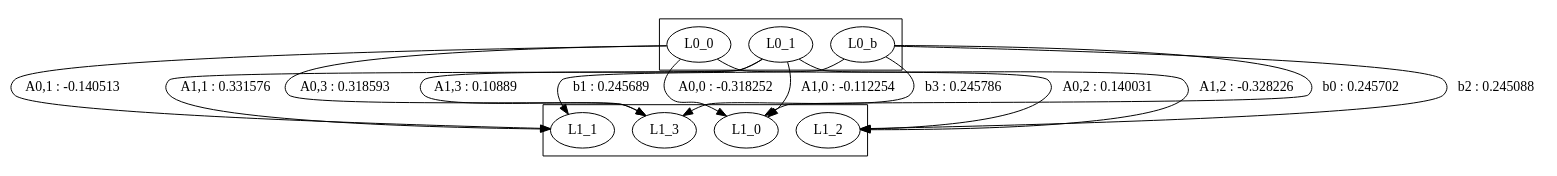
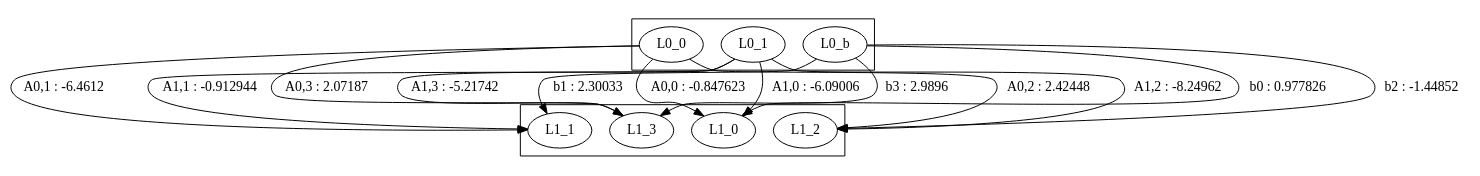
The diagram in test.dot (alex6792/ImageProcessingLib), drawn with Graphviz before and after one commit. The commit also changed 41 other files, not shown here.

```diff
--- a/test.dot
+++ b/test.dot
@@ -1,25 +1,25 @@
 digraph G {
 	subgraph cluster_0 {
 		L0_0;
 		L0_1;
 		L0_b;
 	}
 	subgraph cluster_1 {
 		L1_0;
 		L1_1;
 		L1_2;
 		L1_3;
 	}
-	L0_0->L1_0 [label = "A0,0 : -0.318252" ];
-	L0_1->L1_0 [label = "A1,0 : -0.112254" ];
-	L0_b->L1_0 [label = "b0 : 0.245702" ];
-	L0_0->L1_1 [label = "A0,1 : -0.140513" ];
-	L0_1->L1_1 [label = "A1,1 : 0.331576" ];
-	L0_b->L1_1 [label = "b1 : 0.245689" ];
-	L0_0->L1_2 [label = "A0,2 : 0.140031" ];
-	L0_1->L1_2 [label = "A1,2 : -0.328226" ];
-	L0_b->L1_2 [label = "b2 : 0.245088" ];
-	L0_0->L1_3 [label = "A0,3 : 0.318593" ];
-	L0_1->L1_3 [label = "A1,3 : 0.10889" ];
-	L0_b->L1_3 [label = "b3 : 0.245786" ];
+	L0_0->L1_0 [label = "A0,0 : -0.847623" ];
+	L0_1->L1_0 [label = "A1,0 : -6.09006" ];
+	L0_b->L1_0 [label = "b0 : 0.977826" ];
+	L0_0->L1_1 [label = "A0,1 : -6.4612" ];
+	L0_1->L1_1 [label = "A1,1 : -0.912944" ];
+	L0_b->L1_1 [label = "b1 : 2.30033" ];
+	L0_0->L1_2 [label = "A0,2 : 2.42448" ];
+	L0_1->L1_2 [label = "A1,2 : -8.24962" ];
+	L0_b->L1_2 [label = "b2 : -1.44852" ];
+	L0_0->L1_3 [label = "A0,3 : 2.07187" ];
+	L0_1->L1_3 [label = "A1,3 : -5.21742" ];
+	L0_b->L1_3 [label = "b3 : 2.9896" ];
 }
```
